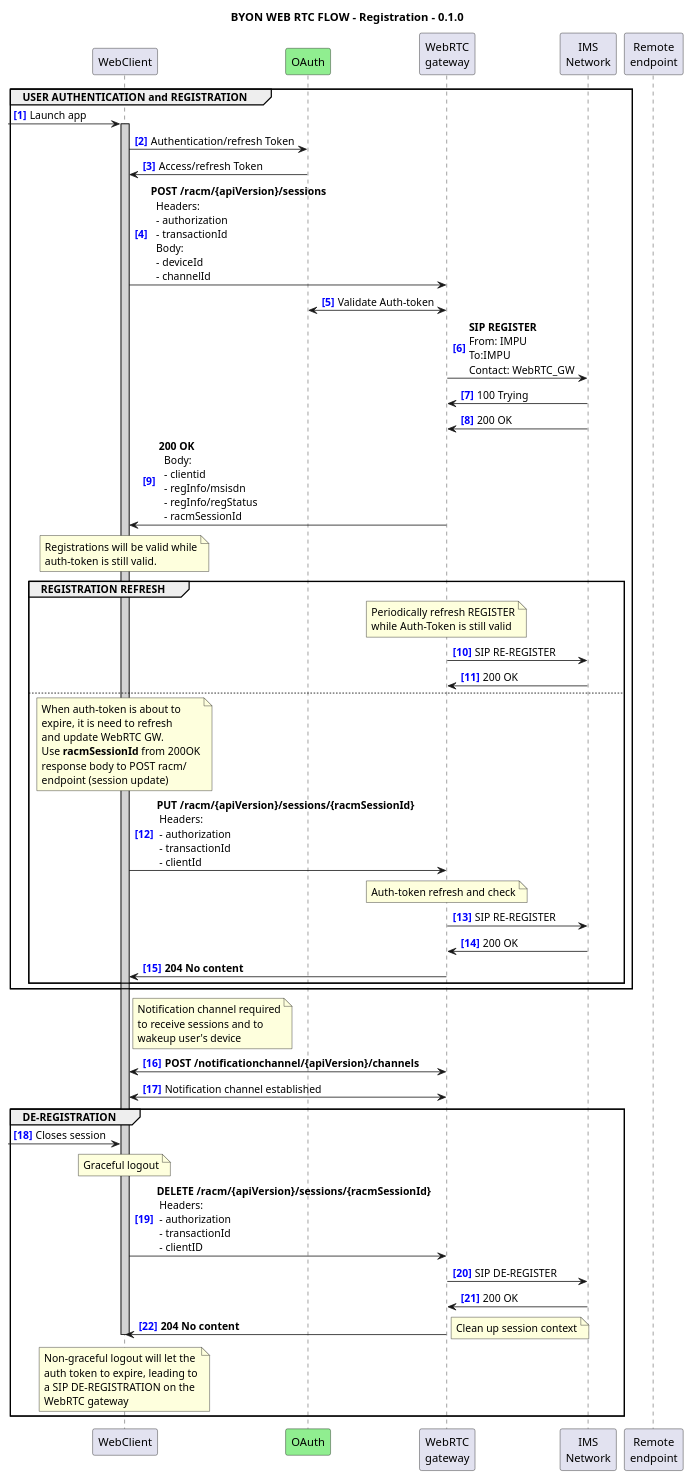
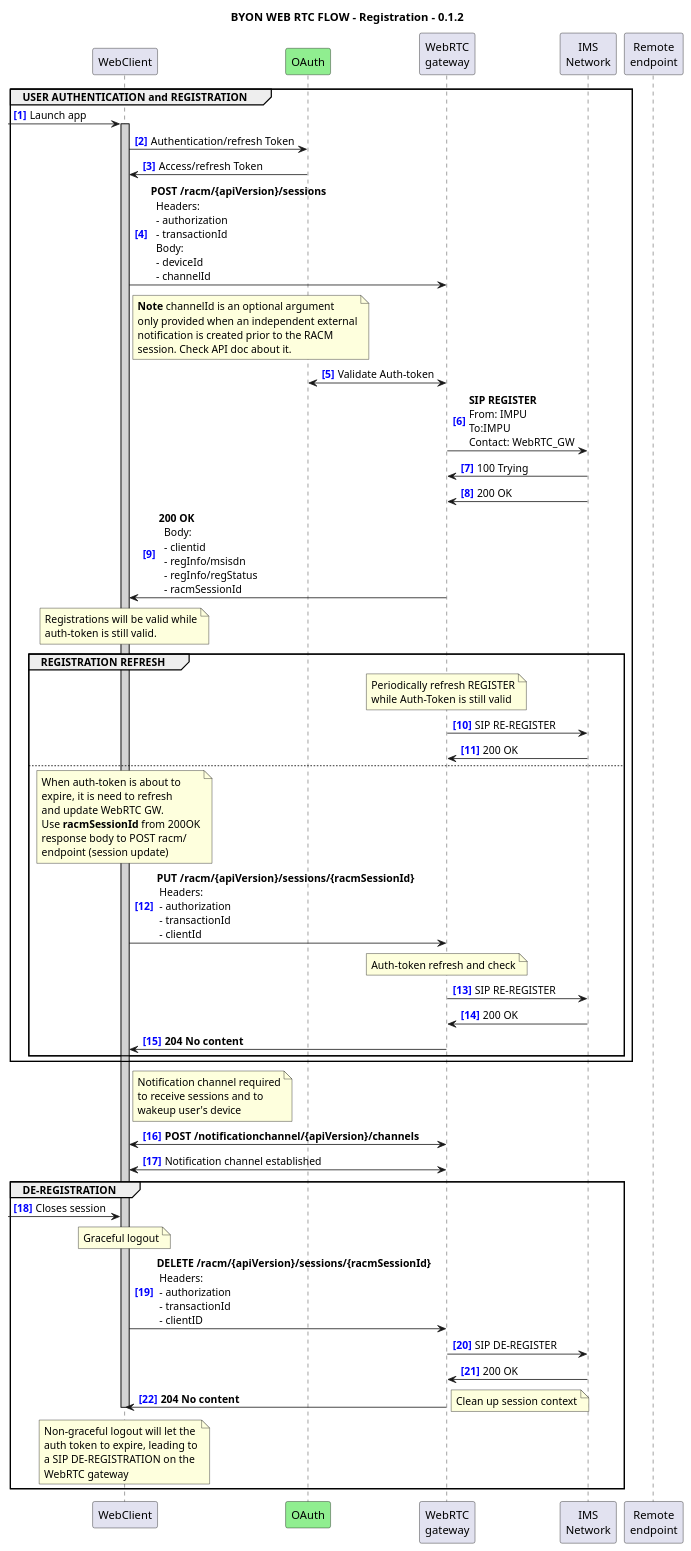
One commit to camaraproject/WebRTC changed the diagram in documentation/API_documentation/FlowsBYON-RACM_Service.wsd. Above: the diagram before and after it, drawn with PlantUML. The commit also changed 1 other file, not shown here.

Commit message:
task(doc): Improves notes on notification channels

```diff
--- a/documentation/API_documentation/FlowsBYON-RACM_Service.wsd
+++ b/documentation/API_documentation/FlowsBYON-RACM_Service.wsd
@@ -1,114 +1,121 @@
-@startuml BYON Registration 0.1.0
+@startuml BYON Registration 0.1.2
 
-title "BYON WEB RTC FLOW - Registration - 0.1.0"
+title "BYON WEB RTC FLOW - Registration - 0.1.2"
 autonumber "<font color=blue><b>[0]"
 
 
 participant WebClient
 participant OAuth #LightGreen
 participant "WebRTC\ngateway" as WebRTC_GW
 participant "IMS\nNetwork" as IMS_Network
 participant "Remote\nendpoint" as RemoteEndpoint
 
 ' --- USER AUTHENTICATION and REGISTRATION
 group USER AUTHENTICATION and REGISTRATION
 
 [-> WebClient: Launch app
 activate WebClient #LightGray
 
 WebClient -> OAuth: Authentication/refresh Token
 OAuth -> WebClient: Access/refresh Token
 WebClient -> WebRTC_GW: **POST /racm/{apiVersion}/sessions**\n\
   Headers: \n\
   - authorization \n\
   - transactionId \n\
   Body: \n\
   - deviceId \n\
   - channelId
+
+note right WebClient
+  **Note** channelId is an optional argument
+  only provided when an independent external
+  notification is created prior to the RACM
+  session. Check API doc about it.
+end note
 
 WebRTC_GW <-> OAuth: Validate Auth-token
 WebRTC_GW -> IMS_Network: **SIP REGISTER**\nFrom: IMPU\nTo:IMPU\nContact: WebRTC_GW
 IMS_Network -> WebRTC_GW: 100 Trying
 IMS_Network -> WebRTC_GW: 200 OK
 WebRTC_GW -> WebClient: **200 OK**\n\
   Body:\n\
   - clientid\n\
   - regInfo/msisdn\n\
   - regInfo/regStatus\n\
   - racmSessionId
 note over WebClient
   Registrations will be valid while
   auth-token is still valid.
 end note
 
 ' --- Refreshing of registration
 group REGISTRATION REFRESH
   note over WebRTC_GW
    Periodically refresh REGISTER
    while Auth-Token is still valid
   end note
   WebRTC_GW -> IMS_Network: SIP RE-REGISTER
   IMS_Network -> WebRTC_GW: 200 OK
 
 else
 note over WebClient
   When auth-token is about to
   expire, it is need to refresh
   and update WebRTC GW.
   Use **racmSessionId** from 200OK
   response body to POST racm/
   endpoint (session update)
 end note
 WebClient -> WebRTC_GW: **PUT /racm/{apiVersion}/sessions/{racmSessionId}** \n\
  Headers: \n\
  - authorization \n\
  - transactionId \n\
  - clientId
 
 note over WebRTC_GW
   Auth-token refresh and check
 end note
 WebRTC_GW -> IMS_Network: SIP RE-REGISTER
 IMS_Network -> WebRTC_GW: 200 OK
 WebRTC_GW -> WebClient: **204 No content**
 end
 end
 
 note right WebClient
   Notification channel required
   to receive sessions and to
   wakeup user's device
 end note
 
 WebClient <-> WebRTC_GW: **POST /notificationchannel/{apiVersion}/channels**
 WebClient <-> WebRTC_GW <<wsStyle>>: Notification channel established
 
 ' --- DE-REGISTRATION
 group DE-REGISTRATION
 
 [-> WebClient: Closes session
 
 note over WebClient
   Graceful logout
 end note
 WebClient -> WebRTC_GW: **DELETE /racm/{apiVersion}/sessions/{racmSessionId}** \n\
  Headers: \n\
  - authorization \n\
  - transactionId \n\
  - clientID
 WebRTC_GW -> IMS_Network: SIP DE-REGISTER
 IMS_Network -> WebRTC_GW: 200 OK
 WebRTC_GW -> WebClient: **204 No content**
       note right: Clean up session context
       
 deactivate WebClient
 
 note over WebClient
   Non-graceful logout will let the
   auth token to expire, leading to
   a SIP DE-REGISTRATION on the
   WebRTC gateway
 end note
 end 
 
 @enduml
```
